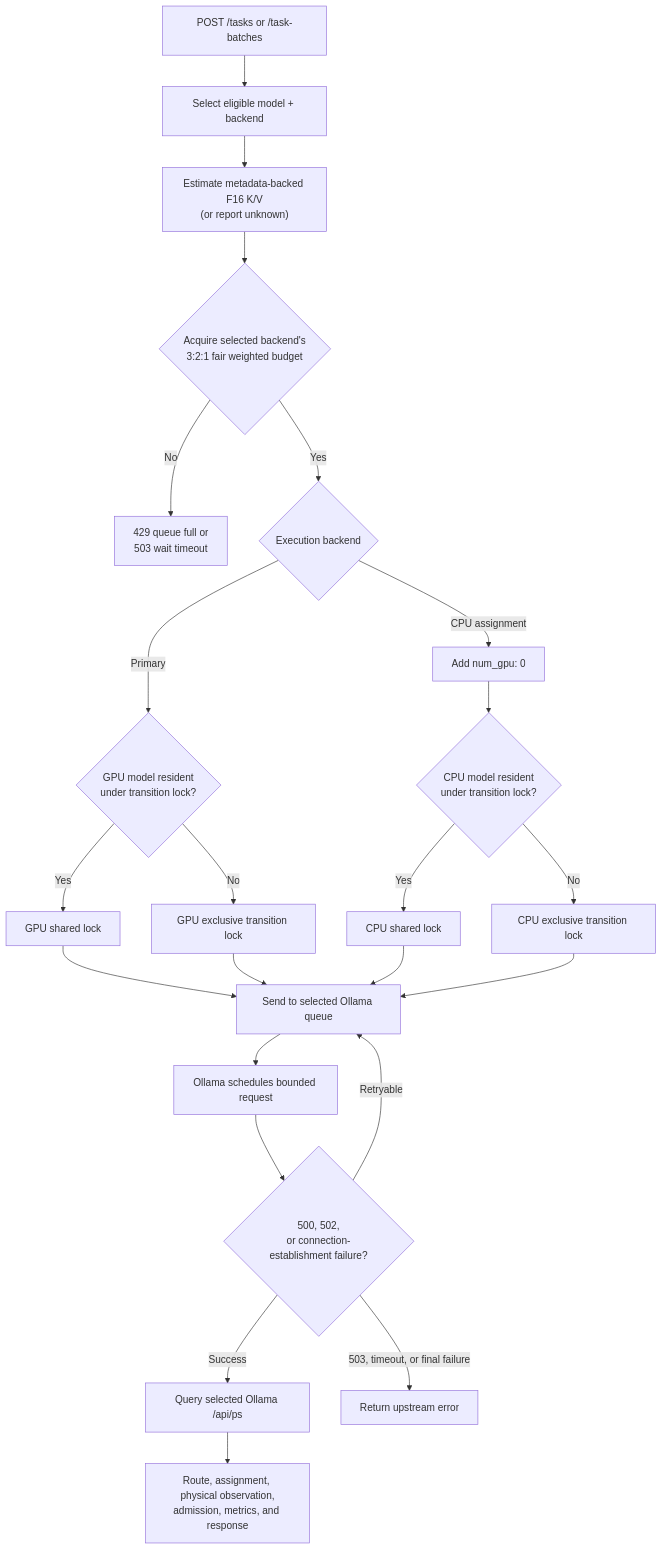
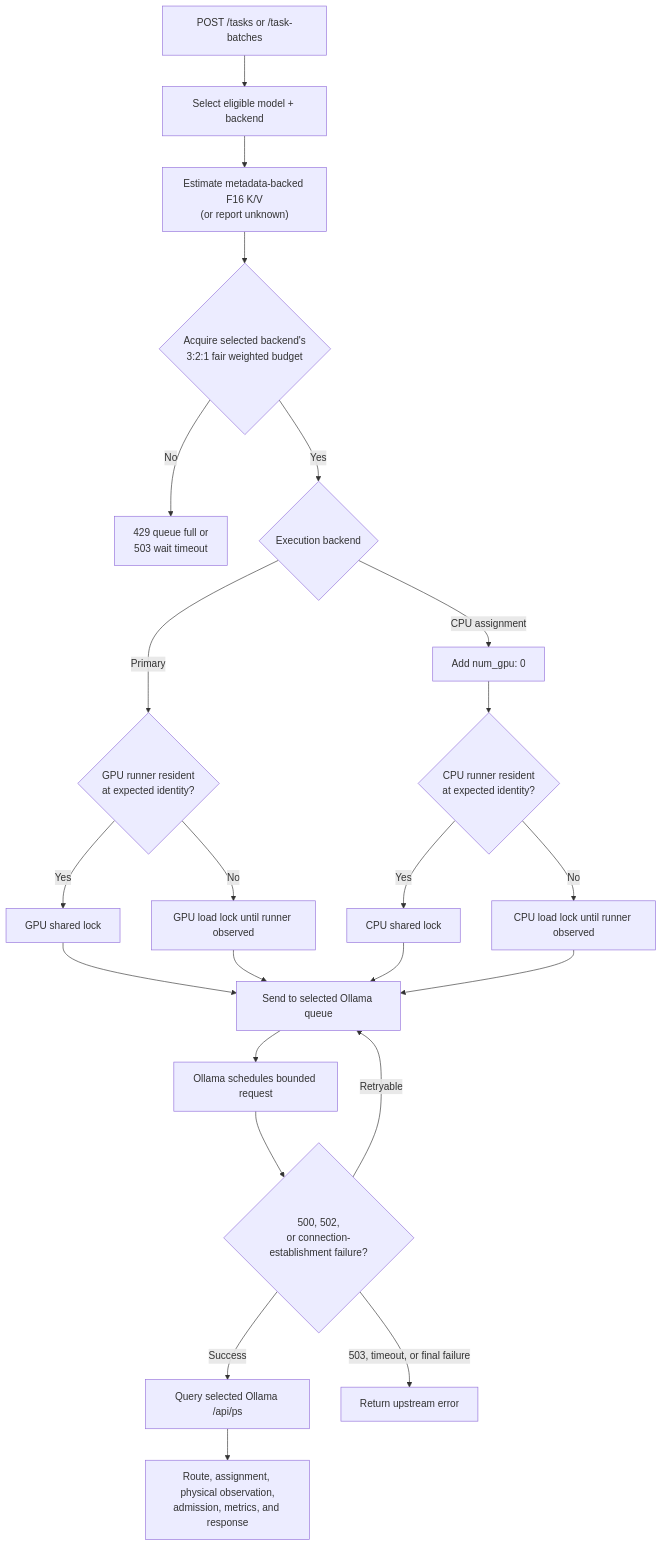
Before and after one commit to bgauryy/FreeLlama: the sixth of 9 diagrams in docs/ARCHITECTURE.md, drawn with Mermaid. The commit also changed other lines of this file and 258 other files, not shown here.

````diff
--- a/docs/ARCHITECTURE.md
+++ b/docs/ARCHITECTURE.md
@@ -319,25 +319,25 @@
 ```mermaid
 flowchart TD
     T["POST /tasks or /task-batches"] --> R["Select eligible model + backend"]
     R --> K["Estimate metadata-backed F16 K/V<br/>(or report unknown)"]
     K --> A{"Acquire selected backend's<br/>3:2:1 fair weighted budget"}
     A -->|"No"| E503["429 queue full or<br/>503 wait timeout"]
     A -->|"Yes"| B{"Execution backend"}
-    B -->|"Primary"| GL{"GPU model resident<br/>under transition lock?"}
+    B -->|"Primary"| GL{"GPU runner resident<br/>at expected identity?"}
     B -->|"CPU assignment"| CO["Add num_gpu: 0"]
-    CO --> CL{"CPU model resident<br/>under transition lock?"}
+    CO --> CL{"CPU runner resident<br/>at expected identity?"}
     GL -->|"Yes"| GR["GPU shared lock"]
-    GL -->|"No"| GX["GPU exclusive transition lock"]
+    GL -->|"No"| GX["GPU load lock until runner observed"]
     CL -->|"Yes"| CR["CPU shared lock"]
-    CL -->|"No"| CX["CPU exclusive transition lock"]
+    CL -->|"No"| CX["CPU load lock until runner observed"]
     GR --> OQ["Send to selected Ollama queue"]
     GX --> OQ
     CR --> OQ
     CX --> OQ
     OQ --> SEND["Ollama schedules bounded request"]
     SEND --> RETRY{"500, 502,<br/>or connection-establishment failure?"}
     RETRY -->|"Retryable"| OQ
     RETRY -->|"Success"| OBS["Query selected Ollama /api/ps"]
     OBS --> OUT["Route, assignment, physical observation,<br/>admission, metrics, and response"]
     RETRY -->|"503, timeout, or final failure"| ERR["Return upstream error"]
 ```
````
